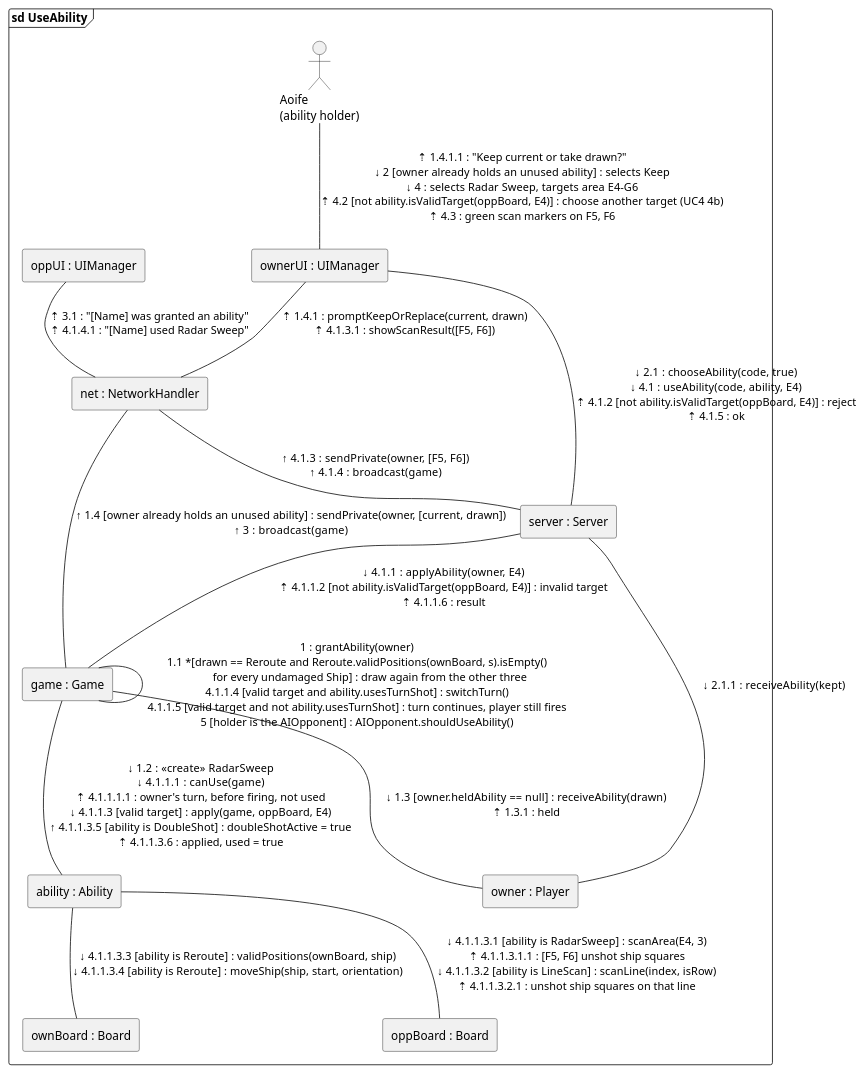
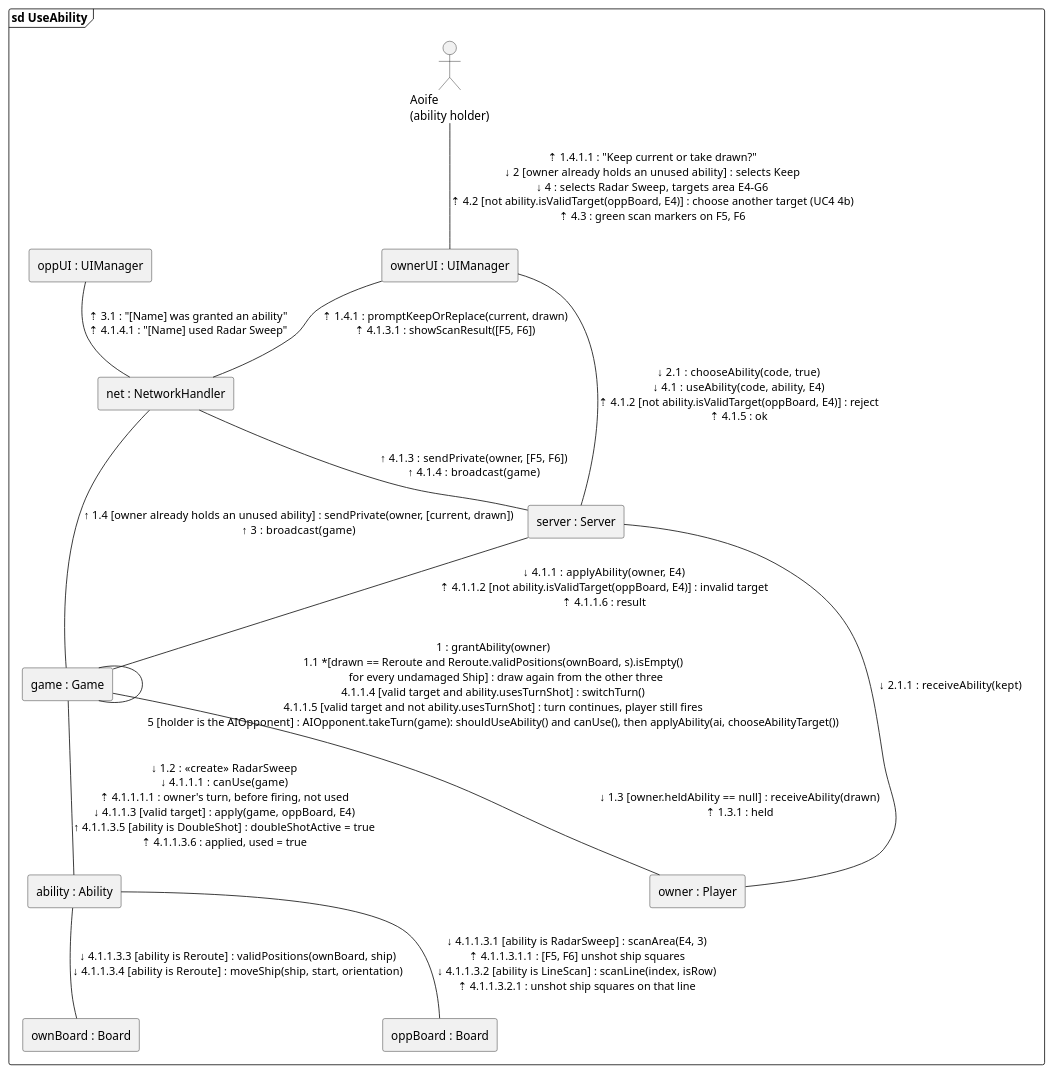
The diagram in docs/uml/communication/use-ability.puml (queeeety/battleship-online), drawn with PlantUML before and after one commit. The commit also changed 5 other files, not shown here.

First line of the commit message:
Update UML for Stage 3: AI turns and game save/restore

```diff
--- a/docs/uml/communication/use-ability.puml
+++ b/docs/uml/communication/use-ability.puml
@@ -1,27 +1,27 @@
 @startuml 6_4_UseAbility_CommunicationDiagram
 frame "sd UseAbility" {
   actor "Aoife\n(ability holder)" as Owner
   rectangle "ownerUI : UIManager" as UI
   rectangle "net : NetworkHandler" as Net
   rectangle "oppUI : UIManager" as OppUI
   rectangle "server : Server" as Server
   rectangle "game : Game" as Game
   rectangle "owner : Player" as Player
   rectangle "ability : Ability" as Ability
   rectangle "ownBoard : Board" as OwnBoard
   rectangle "oppBoard : Board" as OppBoard
   Owner -down- UI : ⇡ 1.4.1.1 : "Keep current or take drawn?"\n↓ 2 [owner already holds an unused ability] : selects Keep\n↓ 4 : selects Radar Sweep, targets area E4-G6\n⇡ 4.2 [not ability.isValidTarget(oppBoard, E4)] : choose another target (UC4 4b)\n⇡ 4.3 : green scan markers on F5, F6
   UI -down- Net : ⇡ 1.4.1 : promptKeepOrReplace(current, drawn)\n⇡ 4.1.3.1 : showScanResult([F5, F6])
   OppUI -down- Net : ⇡ 3.1 : "[Name] was granted an ability"\n⇡ 4.1.4.1 : &#34;[Name] used Radar Sweep&#34;
   UI -down- Server : ↓ 2.1 : chooseAbility(code, true)\n↓ 4.1 : useAbility(code, ability, E4)\n⇡ 4.1.2 [not ability.isValidTarget(oppBoard, E4)] : reject\n⇡ 4.1.5 : ok
   Net -down- Server : ↑ 4.1.3 : sendPrivate(owner, [F5, F6])\n↑ 4.1.4 : broadcast(game)
   Net -down- Game : ↑ 1.4 [owner already holds an unused ability] : sendPrivate(owner, [current, drawn])\n↑ 3 : broadcast(game)
   Server -down- Game : ↓ 4.1.1 : applyAbility(owner, E4)\n⇡ 4.1.1.2 [not ability.isValidTarget(oppBoard, E4)] : invalid target\n⇡ 4.1.1.6 : result
   Server -down- Player : ↓ 2.1.1 : receiveAbility(kept)
-  Game -- Game : 1 : grantAbility(owner)\n1.1 *[drawn == Reroute and Reroute.validPositions(ownBoard, s).isEmpty()\n         for every undamaged Ship] : draw again from the other three\n4.1.1.4 [valid target and ability.usesTurnShot] : switchTurn()\n4.1.1.5 [valid target and not ability.usesTurnShot] : turn continues, player still fires\n5 [holder is the AIOpponent] : AIOpponent.shouldUseAbility()
+  Game -- Game : 1 : grantAbility(owner)\n1.1 *[drawn == Reroute and Reroute.validPositions(ownBoard, s).isEmpty()\n         for every undamaged Ship] : draw again from the other three\n4.1.1.4 [valid target and ability.usesTurnShot] : switchTurn()\n4.1.1.5 [valid target and not ability.usesTurnShot] : turn continues, player still fires\n5 [holder is the AIOpponent] : AIOpponent.takeTurn(game): shouldUseAbility() and canUse(), then applyAbility(ai, chooseAbilityTarget())
   Game -down- Ability : ↓ 1.2 : <<create>> RadarSweep\n↓ 4.1.1.1 : canUse(game)\n⇡ 4.1.1.1.1 : owner's turn, before firing, not used\n↓ 4.1.1.3 [valid target] : apply(game, oppBoard, E4)\n↑ 4.1.1.3.5 [ability is DoubleShot] : doubleShotActive = true\n⇡ 4.1.1.3.6 : applied, used = true
   Game -down- Player : ↓ 1.3 [owner.heldAbility == null] : receiveAbility(drawn)\n⇡ 1.3.1 : held
   Ability -down- OppBoard : ↓ 4.1.1.3.1 [ability is RadarSweep] : scanArea(E4, 3)\n⇡ 4.1.1.3.1.1 : [F5, F6] unshot ship squares\n↓ 4.1.1.3.2 [ability is LineScan] : scanLine(index, isRow)\n⇡ 4.1.1.3.2.1 : unshot ship squares on that line
   Ability -down- OwnBoard : ↓ 4.1.1.3.3 [ability is Reroute] : validPositions(ownBoard, ship)\n↓ 4.1.1.3.4 [ability is Reroute] : moveShip(ship, start, orientation)
 }
 @enduml
```
